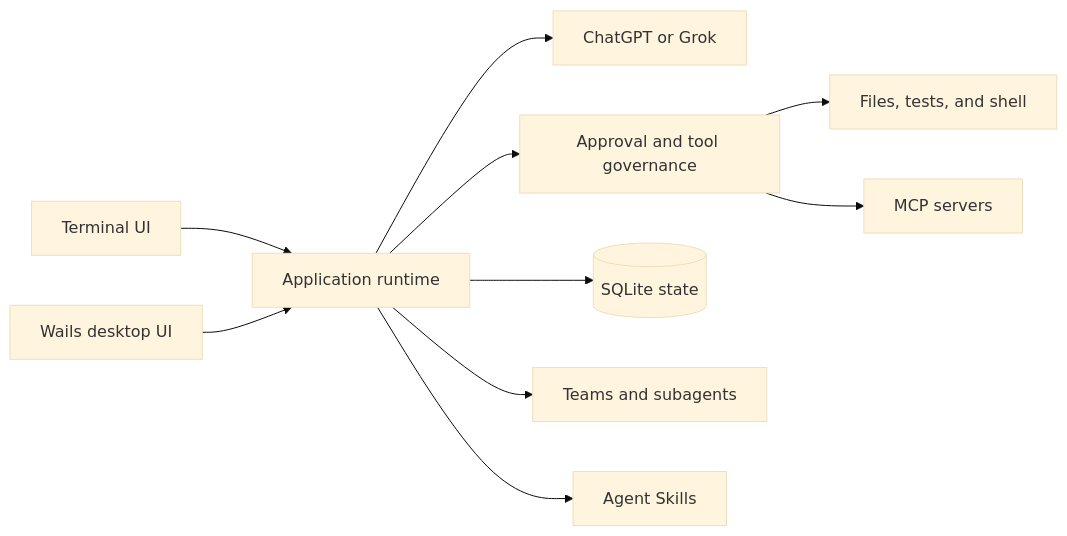
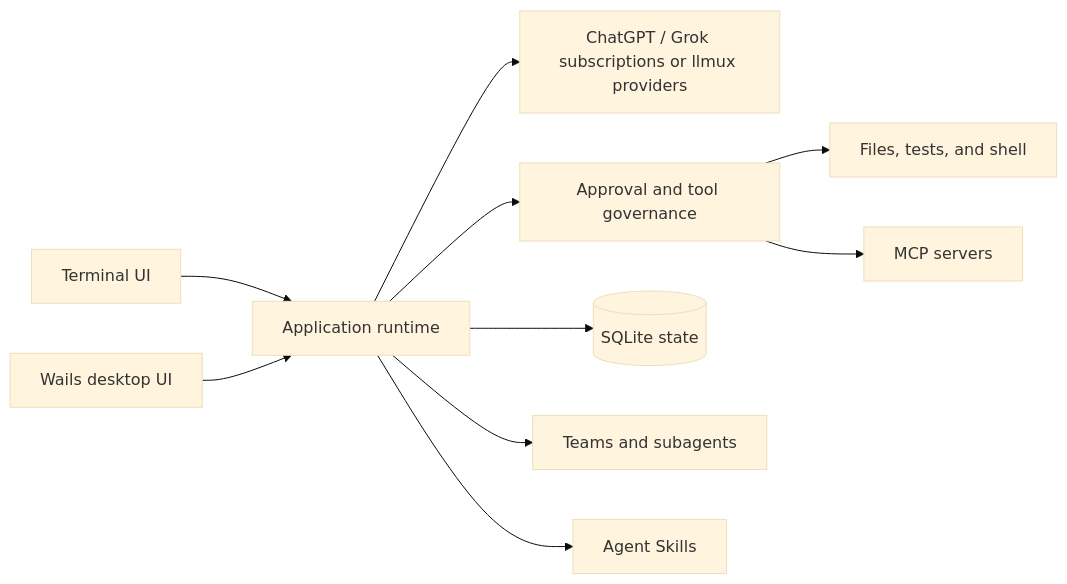
One commit to Viking602/azem changed the diagram in README.md. Above: the diagram before and after it, drawn with Mermaid (base theme). The commit also changed other lines of this file and 68 other files, not shown here.

````diff
--- a/README.md
+++ b/README.md
@@ -135,12 +137,12 @@
 ```mermaid
 flowchart LR
     U[Terminal UI] --> A[Application runtime]
     D[Wails desktop UI] --> A
-    A --> P[ChatGPT or Grok]
+    A --> P[ChatGPT / Grok subscriptions or llmux providers]
     A --> G[Approval and tool governance]
     G --> T[Files, tests, and shell]
     G --> M[MCP servers]
     A --> S[(SQLite state)]
     A --> C[Teams and subagents]
     A --> K[Agent Skills]
 ```
````
